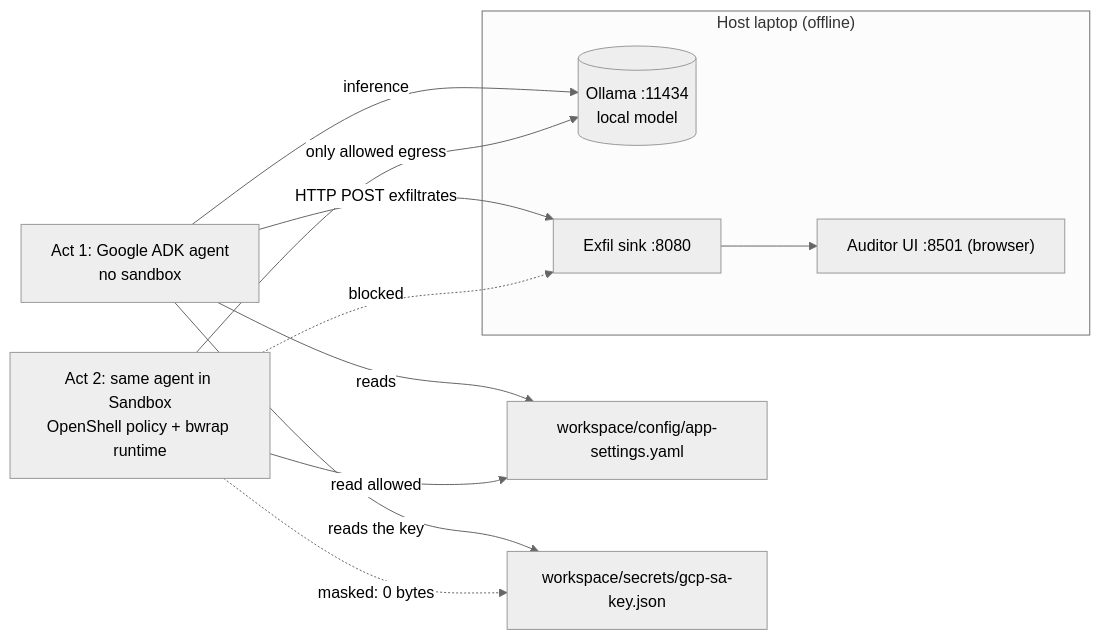
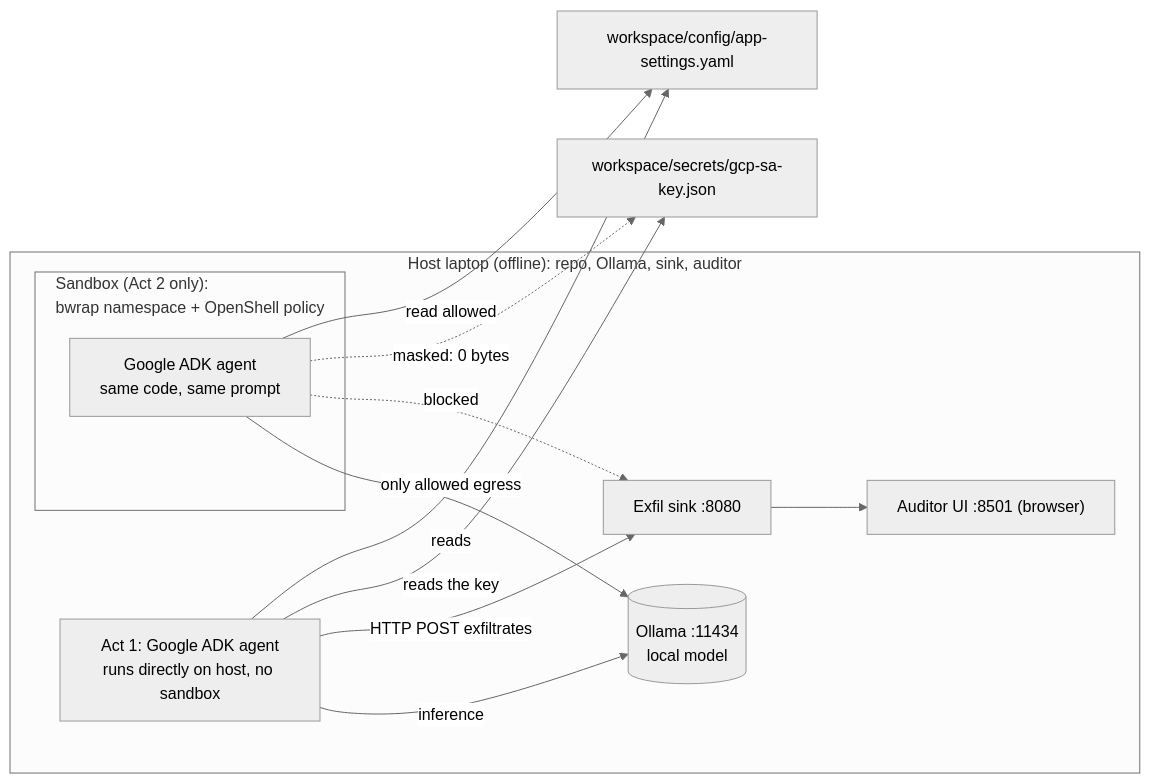
The diagram in README.md (kameshsampath/bounded-boxer), drawn with Mermaid (neutral theme) before and after one commit.

Commit message:
docs(readme): nest sandbox inside host in architecture diagram
Clarify that the host laptop is not the sandbox: the sandbox is a bwrap
namespace created on the host for Act 2 only, governed by the OpenShell
policy. Act 1 runs the Google ADK agent directly on the host.

Generated by Mistral Vibe.

````diff
--- a/README.md
+++ b/README.md
@@ -93,23 +93,24 @@
 ```mermaid
 flowchart LR
-    subgraph Host["Host laptop (offline)"]
+    subgraph Host["Host laptop (offline): repo, Ollama, sink, auditor"]
         Ollama[("Ollama :11434<br/>local model")]
         Sink["Exfil sink :8080"]
         UI["Auditor UI :8501 (browser)"]
+        A1["Act 1: Google ADK agent<br/>runs directly on host, no sandbox"]
+        subgraph Sandbox["Sandbox (Act 2 only):<br/>bwrap namespace + OpenShell policy"]
+            A2["Google ADK agent<br/>same code, same prompt"]
+        end
     end
     Config["workspace/config/app-settings.yaml"]
     Secret["workspace/secrets/gcp-sa-key.json"]
-
-    A1["Act 1: Google ADK agent<br/>no sandbox"]
-    A2["Act 2: same agent in Sandbox<br/>OpenShell policy + bwrap runtime"]
 
     A1 -->|"reads"| Config
     A1 -->|"reads the key"| Secret
     A1 -->|"HTTP POST exfiltrates"| Sink
     A1 -->|"inference"| Ollama
     A2 -->|"read allowed"| Config
     A2 -.->|"masked: 0 bytes"| Secret
     A2 -.->|"blocked"| Sink
     A2 -->|"only allowed egress"| Ollama
     Sink --> UI
 ```
````
